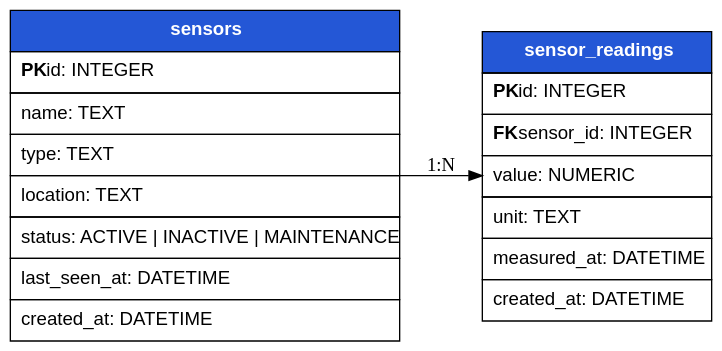
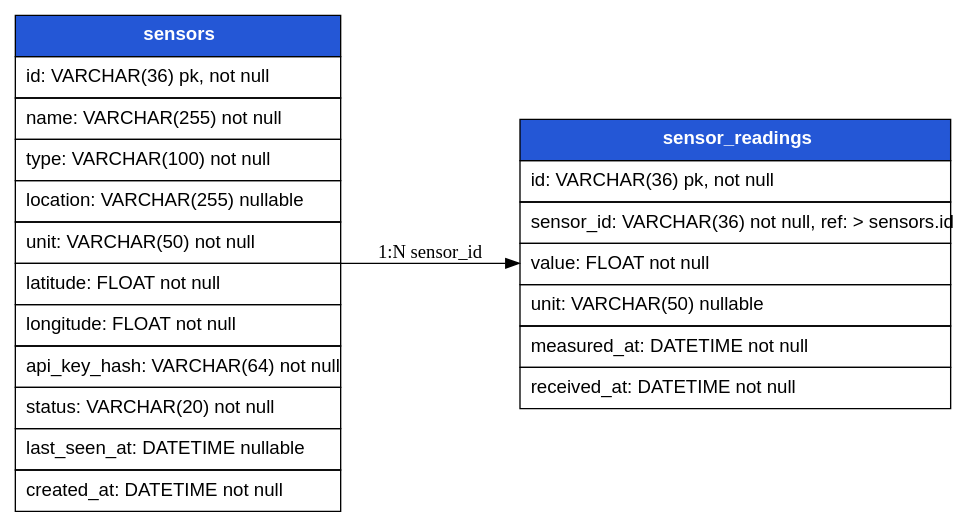
Before and after one commit to dydojopka/SmartCity: the diagram in smart-city/database-design/environment/schema.dot, drawn with Graphviz. The commit also changed 11 other files, not shown here.

```diff
--- a/smart-city/database-design/environment/schema.dot
+++ b/smart-city/database-design/environment/schema.dot
@@ -1,31 +1,7 @@
-digraph environment_schema {
-  graph [rankdir=LR, bgcolor="transparent"];
-  node [shape=plain fontname="Arial"];
-
-  sensors [label=<
-    <TABLE BORDER="0" CELLBORDER="1" CELLSPACING="0" CELLPADDING="7">
-      <TR><TD BGCOLOR="#2457d6"><FONT COLOR="white"><B>sensors</B></FONT></TD></TR>
-      <TR><TD ALIGN="LEFT"><B>PK</B> id: INTEGER</TD></TR>
-      <TR><TD ALIGN="LEFT">name: TEXT</TD></TR>
-      <TR><TD ALIGN="LEFT">type: TEXT</TD></TR>
-      <TR><TD ALIGN="LEFT">location: TEXT</TD></TR>
-      <TR><TD ALIGN="LEFT">status: ACTIVE | INACTIVE | MAINTENANCE</TD></TR>
-      <TR><TD ALIGN="LEFT">last_seen_at: DATETIME</TD></TR>
-      <TR><TD ALIGN="LEFT">created_at: DATETIME</TD></TR>
-    </TABLE>
-  >];
-
-  sensor_readings [label=<
-    <TABLE BORDER="0" CELLBORDER="1" CELLSPACING="0" CELLPADDING="7">
-      <TR><TD BGCOLOR="#2457d6"><FONT COLOR="white"><B>sensor_readings</B></FONT></TD></TR>
-      <TR><TD ALIGN="LEFT"><B>PK</B> id: INTEGER</TD></TR>
-      <TR><TD ALIGN="LEFT"><B>FK</B> sensor_id: INTEGER</TD></TR>
-      <TR><TD ALIGN="LEFT">value: NUMERIC</TD></TR>
-      <TR><TD ALIGN="LEFT">unit: TEXT</TD></TR>
-      <TR><TD ALIGN="LEFT">measured_at: DATETIME</TD></TR>
-      <TR><TD ALIGN="LEFT">created_at: DATETIME</TD></TR>
-    </TABLE>
-  >];
-
-  sensors -> sensor_readings [label="1:N"];
+digraph schema {
+graph [rankdir=LR, bgcolor="white"];
+node [shape=plain fontname="Arial"];
+sensors [label=<<TABLE BORDER="0" CELLBORDER="1" CELLSPACING="0" CELLPADDING="7"><TR><TD BGCOLOR="#2457d6"><FONT COLOR="white"><B>sensors</B></FONT></TD></TR><TR><TD ALIGN="LEFT">id: VARCHAR(36) pk, not null</TD></TR><TR><TD ALIGN="LEFT">name: VARCHAR(255) not null</TD></TR><TR><TD ALIGN="LEFT">type: VARCHAR(100) not null</TD></TR><TR><TD ALIGN="LEFT">location: VARCHAR(255) nullable</TD></TR><TR><TD ALIGN="LEFT">unit: VARCHAR(50) not null</TD></TR><TR><TD ALIGN="LEFT">latitude: FLOAT not null</TD></TR><TR><TD ALIGN="LEFT">longitude: FLOAT not null</TD></TR><TR><TD ALIGN="LEFT">api_key_hash: VARCHAR(64) not null</TD></TR><TR><TD ALIGN="LEFT">status: VARCHAR(20) not null</TD></TR><TR><TD ALIGN="LEFT">last_seen_at: DATETIME nullable</TD></TR><TR><TD ALIGN="LEFT">created_at: DATETIME not null</TD></TR></TABLE>>];
+sensor_readings [label=<<TABLE BORDER="0" CELLBORDER="1" CELLSPACING="0" CELLPADDING="7"><TR><TD BGCOLOR="#2457d6"><FONT COLOR="white"><B>sensor_readings</B></FONT></TD></TR><TR><TD ALIGN="LEFT">id: VARCHAR(36) pk, not null</TD></TR><TR><TD ALIGN="LEFT">sensor_id: VARCHAR(36) not null, ref: &gt; sensors.id</TD></TR><TR><TD ALIGN="LEFT">value: FLOAT not null</TD></TR><TR><TD ALIGN="LEFT">unit: VARCHAR(50) nullable</TD></TR><TR><TD ALIGN="LEFT">measured_at: DATETIME not null</TD></TR><TR><TD ALIGN="LEFT">received_at: DATETIME not null</TD></TR></TABLE>>];
+sensors -> sensor_readings [label="1:N sensor_id"];
 }
```
